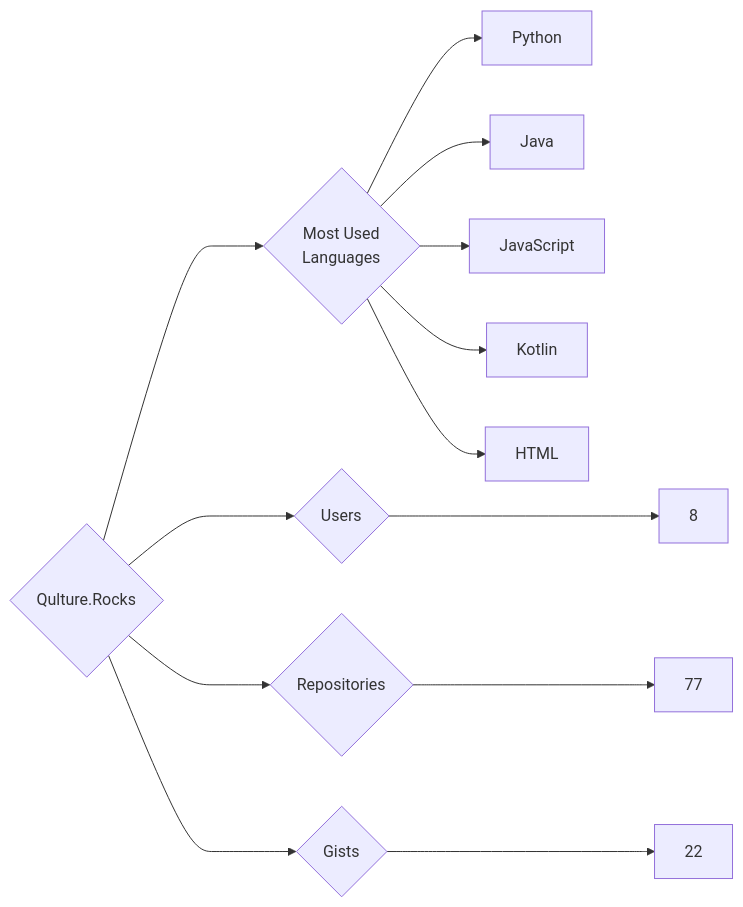
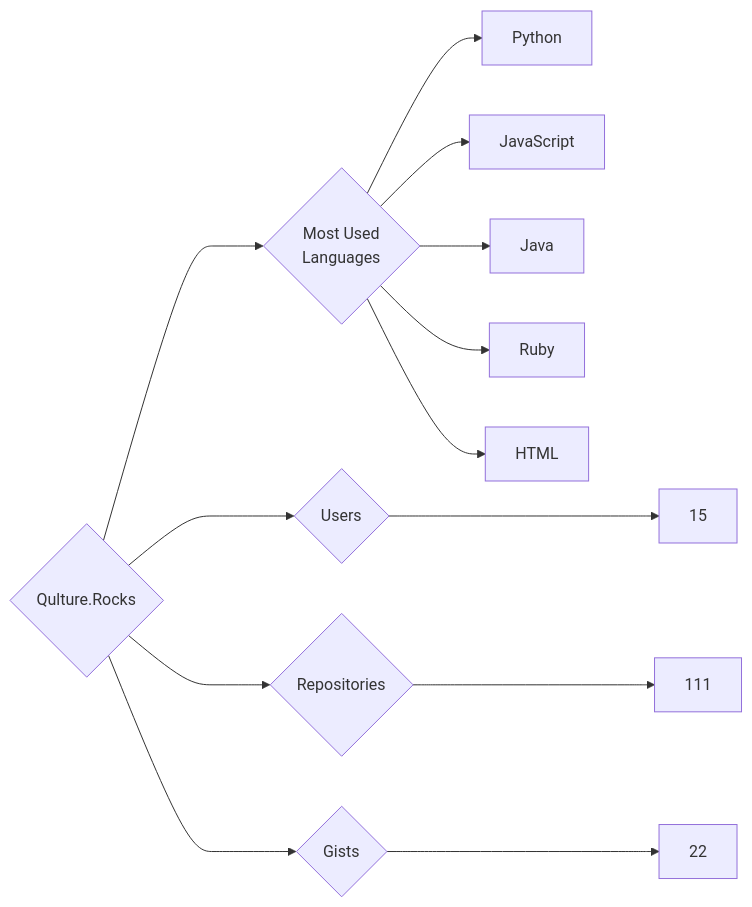
Before and after one commit to trickest/insiders: the diagram in targets/Qulture.Rocks/README.md, drawn with Mermaid. The commit also changed 898 other files, not shown here.

````diff
--- a/targets/Qulture.Rocks/README.md
+++ b/targets/Qulture.Rocks/README.md
@@ -3,13 +3,13 @@
 ```mermaid
 graph LR
 COMPANY_NAME{Qulture.Rocks}
-COMPANY_NAME ---> U{Users} ---> UN[8]
-COMPANY_NAME ---> R{Repositories} ---> RN[77]
+COMPANY_NAME ---> U{Users} ---> UN[15]
+COMPANY_NAME ---> R{Repositories} ---> RN[111]
 COMPANY_NAME ---> G{Gists} ---> GN[22]
 COMPANY_NAME ---> ML{Most Used<br>Languages}
 ML --> Python[Python]
+ML --> JavaScript[JavaScript]
 ML --> Java[Java]
-ML --> JavaScript[JavaScript]
-ML --> Kotlin[Kotlin]
+ML --> Ruby[Ruby]
 ML --> HTML[HTML]
 ```
````
